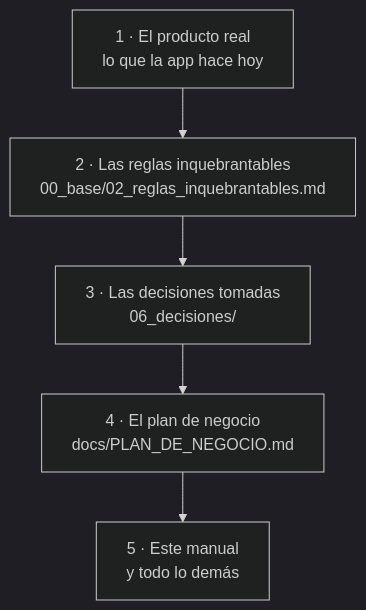
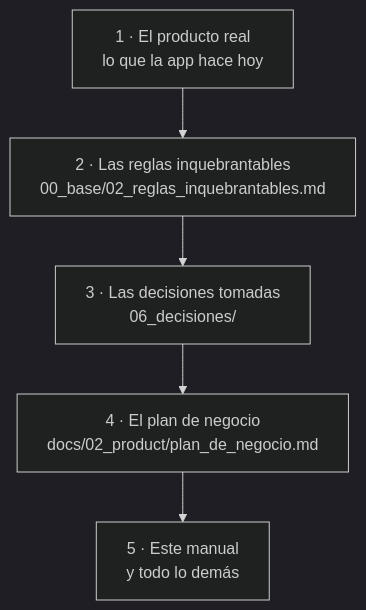
One commit to Vegm92/mise-en-place-sk changed the diagram in docs/onboarding/marketing/README.md. Above: the diagram before and after it, drawn with Mermaid (dark theme). The commit also changed other lines of this file and 17 other files, not shown here.

````diff
--- a/docs/onboarding/marketing/README.md
+++ b/docs/onboarding/marketing/README.md
@@ -37,7 +37,7 @@
 ```mermaid
 flowchart TD
     A["1 · El producto real<br/>lo que la app hace hoy"] --> B["2 · Las reglas inquebrantables<br/>00_base/02_reglas_inquebrantables.md"]
     B --> C["3 · Las decisiones tomadas<br/>06_decisiones/"]
-    C --> D["4 · El plan de negocio<br/>docs/PLAN_DE_NEGOCIO.md"]
+    C --> D["4 · El plan de negocio<br/>docs/02_product/plan_de_negocio.md"]
     D --> E["5 · Este manual<br/>y todo lo demás"]
 ```
````
